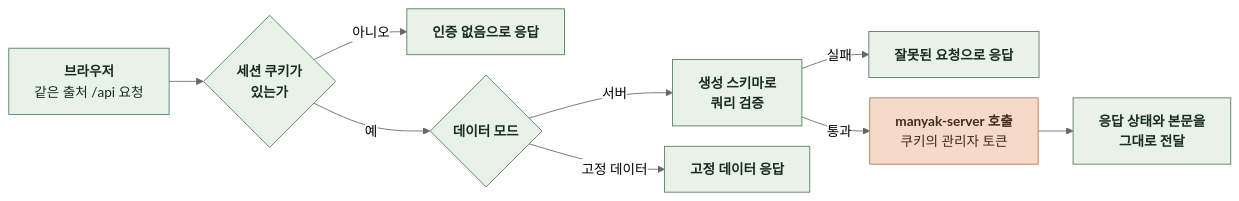
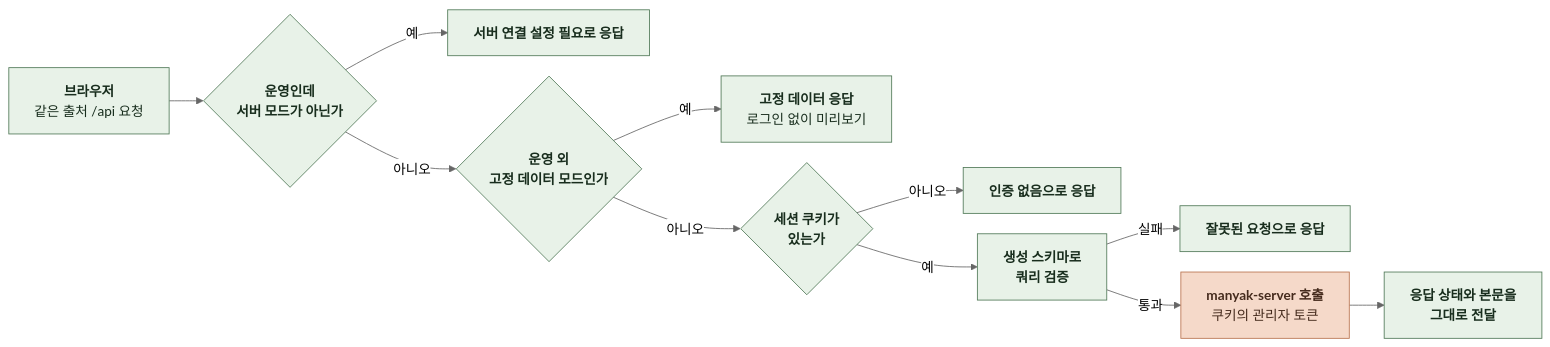
Before and after one commit to KIM-N-KANG/knk-harness: the diagram in docs/domain/ADMIN/WEB/3-2-DATA-INTEGRATION.md, drawn with Mermaid (neutral theme). The commit also changed other lines of this file and 16 other files, not shown here.

````diff
--- a/docs/domain/ADMIN/WEB/3-2-DATA-INTEGRATION.md
+++ b/docs/domain/ADMIN/WEB/3-2-DATA-INTEGRATION.md
@@ -37,21 +37,26 @@
 ```mermaid
 %%{init: {"flowchart": {"curve": "basis", "nodeSpacing": 24, "rankSpacing": 40}}}%%
 flowchart LR
     A["`**브라우저**
-같은 출처 /api 요청`"] --> B{"`**세션 쿠키가
+같은 출처 /api 요청`"] --> P{"`**운영인데
+서버 모드가 아닌가**`"}
+    P -->|예| Z["`**서버 연결 설정 필요로 응답**`"]
+    P -->|아니오| Q{"`**운영 외
+고정 데이터 모드인가**`"}
+    Q -->|예| G["`**고정 데이터 응답**
+로그인 없이 미리보기`"]
+    Q -->|아니오| B{"`**세션 쿠키가
 있는가**`"}
     B -->|아니오| X["`**인증 없음으로 응답**`"]
-    B -->|예| C{"`**데이터 모드**`"}
-    C -->|서버| D["`**생성 스키마로
+    B -->|예| D["`**생성 스키마로
 쿼리 검증**`"]
     D -->|실패| Y["`**잘못된 요청으로 응답**`"]
     D -->|통과| E["`**manyak-server 호출**
 쿠키의 관리자 토큰`"]
     E --> F["`**응답 상태와 본문을
 그대로 전달**`"]
-    C -->|고정 데이터| G["`**고정 데이터 응답**`"]
     classDef comp fill:#E8F2E8,stroke:#527A59,color:#182D1D
     classDef task fill:#F5D9C9,stroke:#B97450,color:#452B1D
-    class A,B,C,D,F,G,X,Y comp
+    class A,B,D,F,G,P,Q,X,Y,Z comp
     class E task
 ```
````
